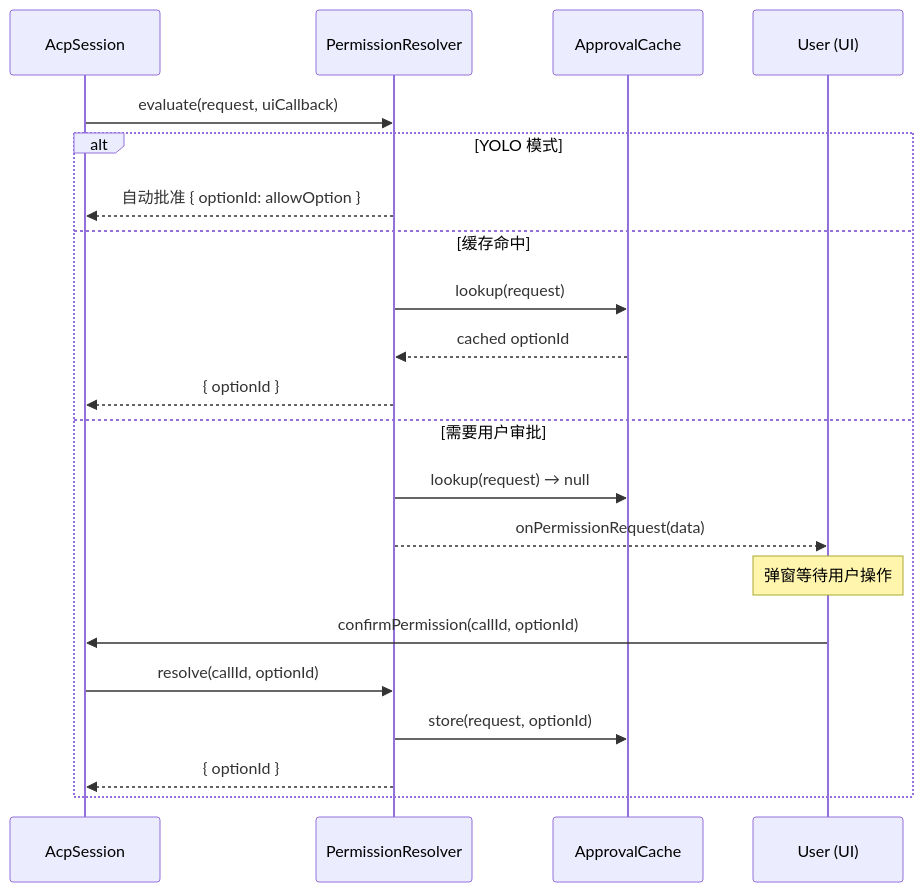
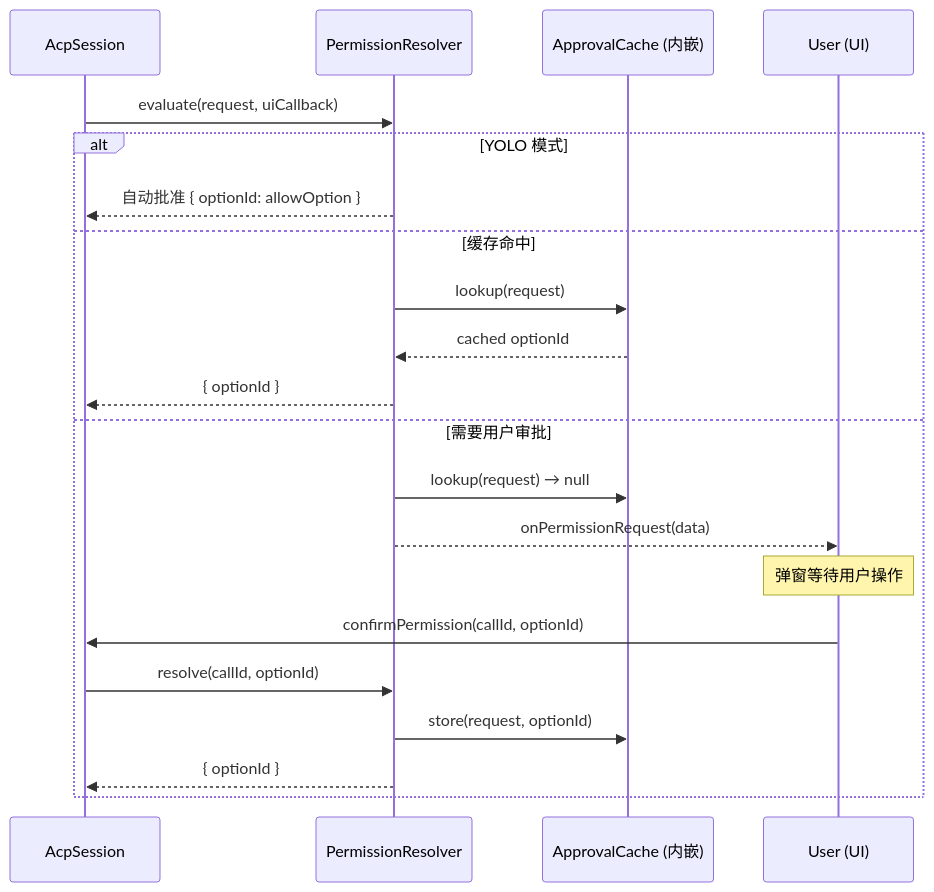
One commit to iOfficeAI/AionUi changed the fifth of 7 diagrams in docs/feature/acp-rewrite/03-architecture-design.md. Above: the diagram before and after it, drawn with Mermaid. The commit also changed other lines of this file and 5 other files, not shown here.

````diff
--- a/docs/feature/acp-rewrite/03-architecture-design.md
+++ b/docs/feature/acp-rewrite/03-architecture-design.md
@@ -798,25 +830,25 @@
 ```mermaid
 sequenceDiagram
     participant S as AcpSession
     participant PP as PermissionResolver
-    participant AC as ApprovalCache
+    participant AC as ApprovalCache (内嵌)
     participant UI as User (UI)
 
     S->>PP: evaluate(request, uiCallback)
 
     alt YOLO 模式
         PP-->>S: 自动批准 { optionId: allowOption }
     else 缓存命中
         PP->>AC: lookup(request)
         AC-->>PP: cached optionId
         PP-->>S: { optionId }
     else 需要用户审批
         PP->>AC: lookup(request) → null
         PP-->>UI: onPermissionRequest(data)
         Note over UI: 弹窗等待用户操作
         UI->>S: confirmPermission(callId, optionId)
         S->>PP: resolve(callId, optionId)
         PP->>AC: store(request, optionId)
         PP-->>S: { optionId }
     end
 ```
````
